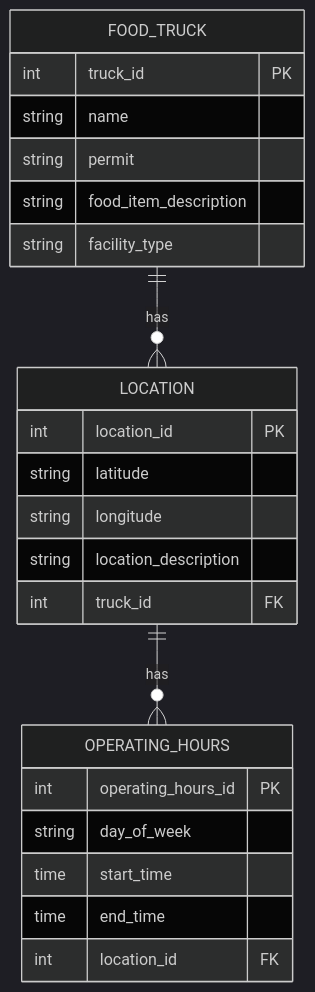
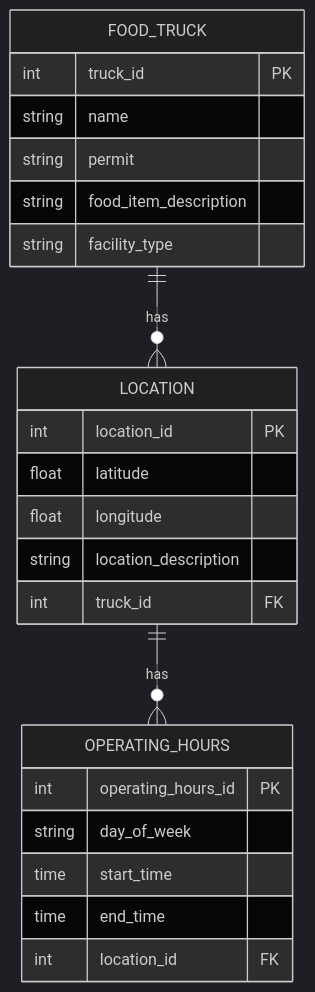
One commit to Anticks/FoodTrucker changed the diagram in README.md. Above: the diagram before and after it, drawn with Mermaid (dark theme).

Commit message:
update ERD on Readme

````diff
--- a/README.md
+++ b/README.md
@@ -16,30 +16,30 @@
 ```mermaid
 erDiagram
     FOOD_TRUCK {
         int truck_id PK
         string name
         string permit
         string food_item_description
         string facility_type
     }
 
     LOCATION {
         int location_id PK
-        string latitude
-        string longitude
+        float latitude
+        float longitude
         string location_description
         int truck_id FK
     }
 
     OPERATING_HOURS {
         int operating_hours_id PK
         string day_of_week
         time start_time
         time end_time
         int location_id FK
     }
 
     FOOD_TRUCK ||--o{ LOCATION : has
     LOCATION ||--o{ OPERATING_HOURS : has
 
 ```
````
